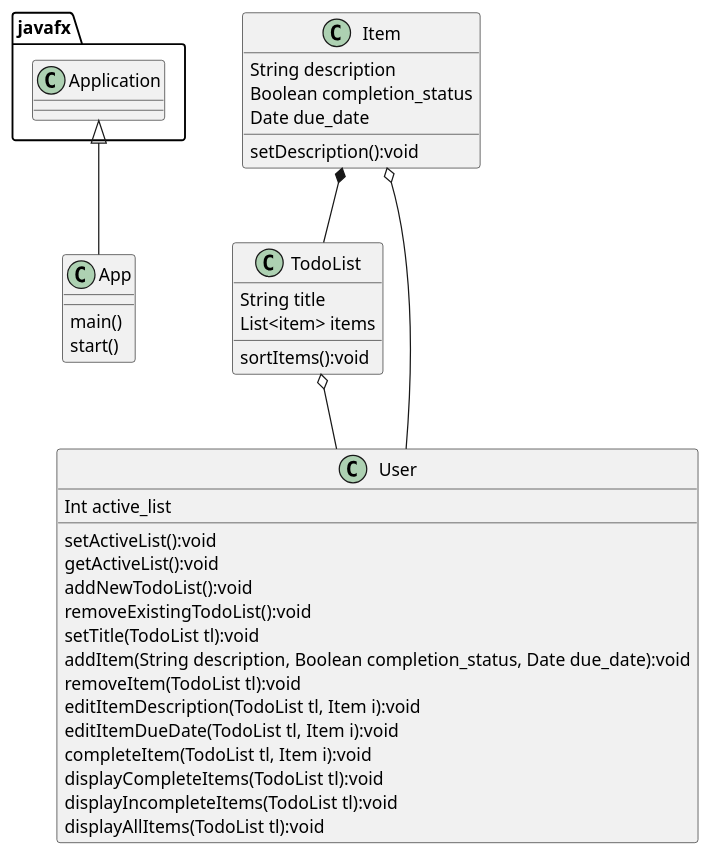
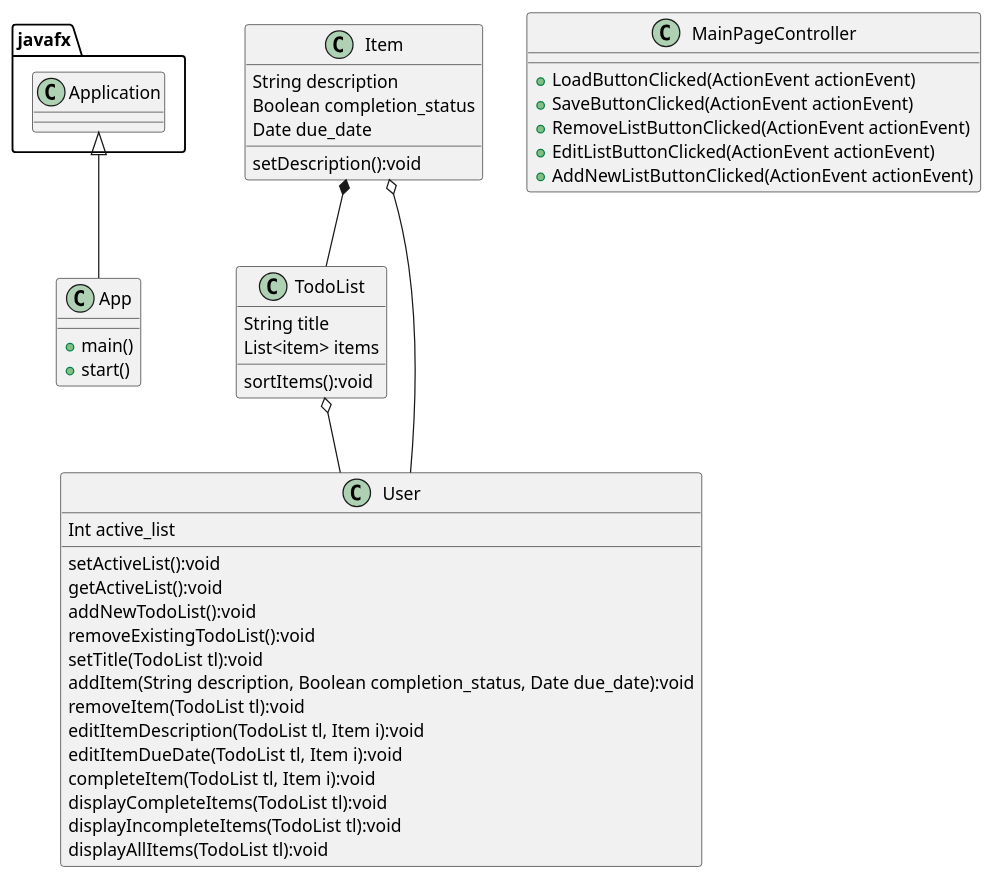
The diagram in uml/Assigment4Diagram.puml (Andrew-Shepard/shepard-cop3330-assignment4part2), drawn with PlantUML before and after one commit. The commit also changed 8 other files, not shown here.

```diff
--- a/uml/Assigment4Diagram.puml
+++ b/uml/Assigment4Diagram.puml
@@ -1,42 +1,48 @@
 @startuml
 'https://plantuml.com/class-diagram
 class App{
-    main()
-    start()
+    +main()
+    +start()
 }
 
 class TodoList {
     String title
     List<item> items
     sortItems():void
 }
 class Item {
     String description
     Boolean completion_status
     Date due_date
     setDescription():void
 }
 class User {
     Int active_list
     setActiveList():void
     getActiveList():void
     addNewTodoList():void
     removeExistingTodoList():void
     setTitle(TodoList tl):void
     addItem(String description, Boolean completion_status, Date due_date):void
     removeItem(TodoList tl):void
     editItemDescription(TodoList tl, Item i):void
     editItemDueDate(TodoList tl, Item i):void
     completeItem(TodoList tl, Item i):void
     displayCompleteItems(TodoList tl):void
     displayIncompleteItems(TodoList tl):void
     displayAllItems(TodoList tl):void
 }
-
+class MainPageController{
+    +LoadButtonClicked(ActionEvent actionEvent)
+    +SaveButtonClicked(ActionEvent actionEvent)
+    +RemoveListButtonClicked(ActionEvent actionEvent)
+    +EditListButtonClicked(ActionEvent actionEvent)
+    +AddNewListButtonClicked(ActionEvent actionEvent)
+}
 javafx.Application <|-- App
 
 Item o-- User
 TodoList o-- User
 Item *-- TodoList
 
 @enduml
```
